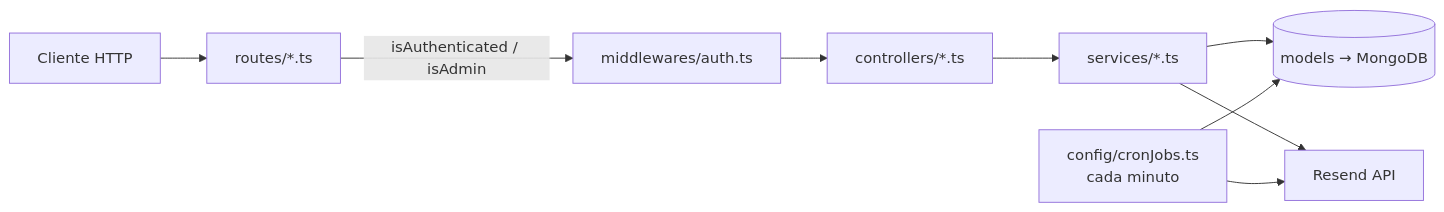
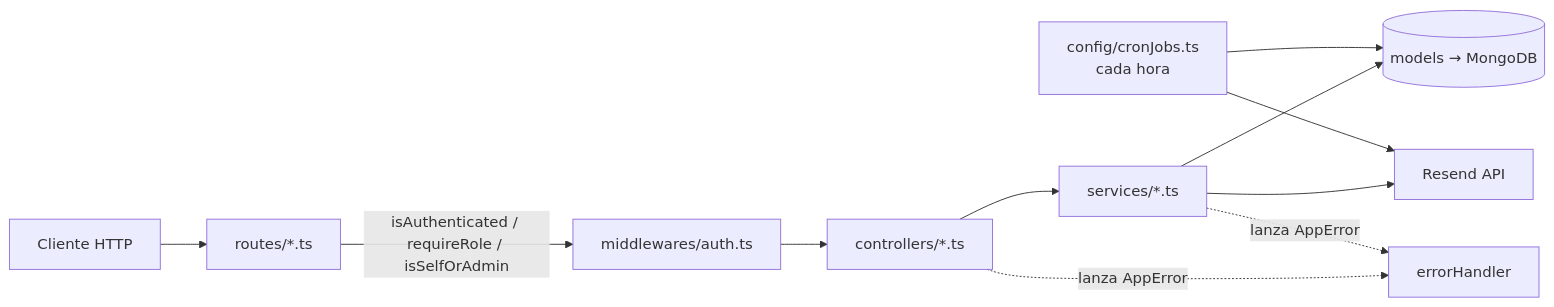
One commit to raug09/Magicamente changed the diagram in docs/01-arquitectura.md. Above: the diagram before and after it, drawn with Mermaid. The commit also changed other lines of this file and 7 other files, not shown here.

````diff
--- a/docs/01-arquitectura.md
+++ b/docs/01-arquitectura.md
@@ -36,11 +38,13 @@
 ```mermaid
 flowchart LR
   C[Cliente HTTP] --> R[routes/*.ts]
-  R -->|isAuthenticated / isAdmin| M[middlewares/auth.ts]
+  R -->|isAuthenticated / requireRole / isSelfOrAdmin| M[middlewares/auth.ts]
   M --> CT[controllers/*.ts]
   CT --> S[services/*.ts]
   S --> MO[(models → MongoDB)]
   S --> E[Resend API]
-  CR[config/cronJobs.ts<br/>cada minuto] --> MO
+  CT -. lanza AppError .-> EH[errorHandler]
+  S -. lanza AppError .-> EH
+  CR[config/cronJobs.ts<br/>cada hora] --> MO
   CR --> E
 ```
````
